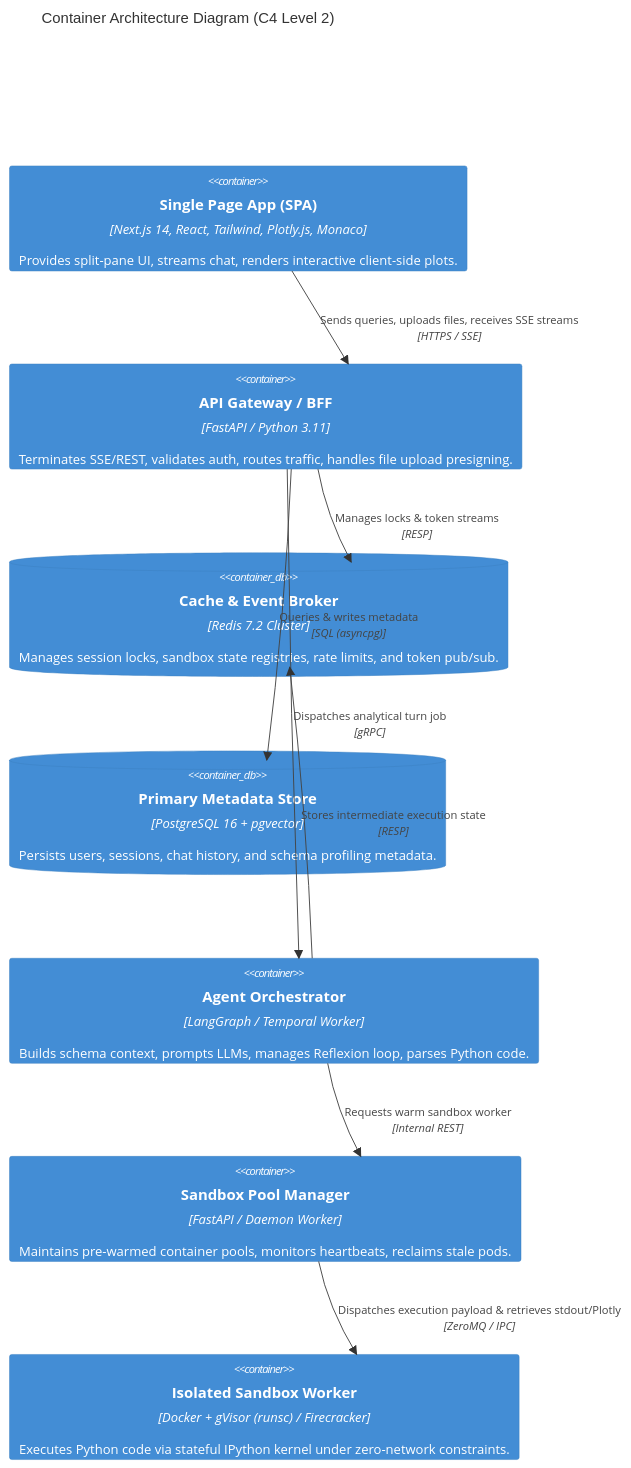
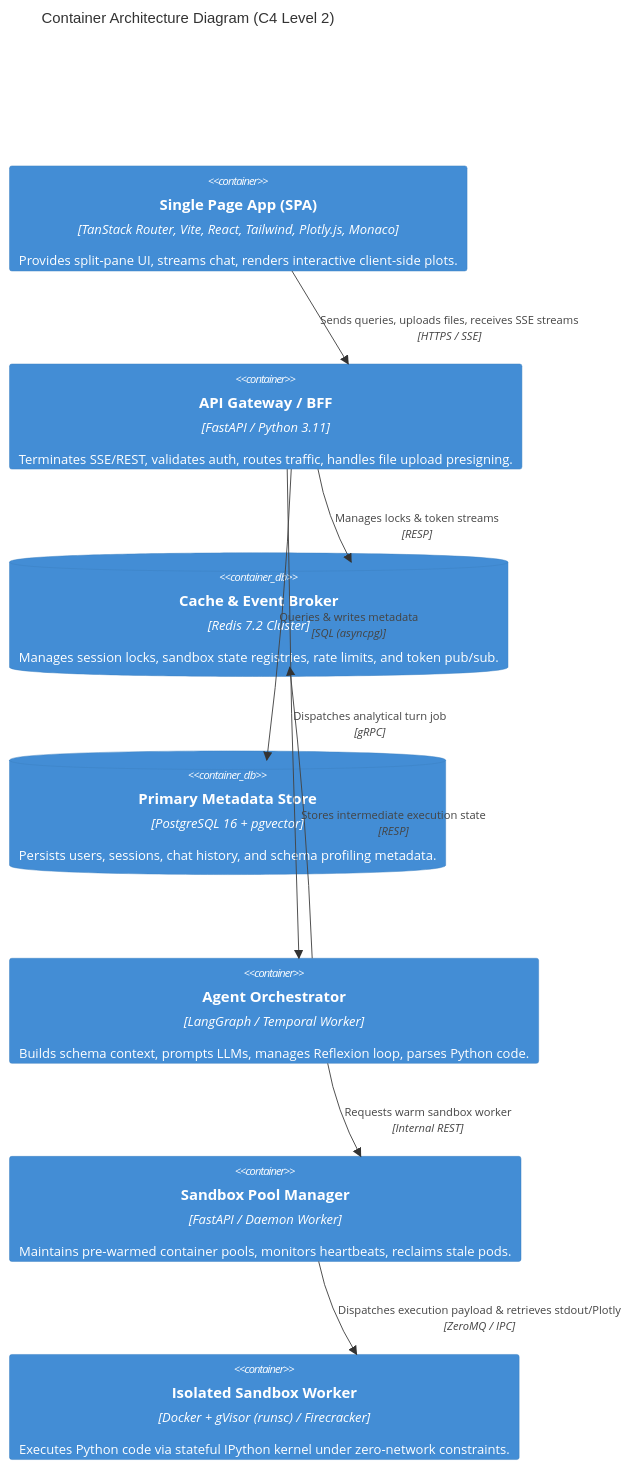
Before and after one commit to FRS2024/data_speaker: the second of 8 diagrams in SYSTEM_ARCHITECTURE.md, drawn with Mermaid. The commit also changed other lines of this file and 93 other files, not shown here.

Commit message:
feat: migrate to TanStack SPA, integrate DuckDB engine, warehouse connectors & schema mapper

````diff
--- a/SYSTEM_ARCHITECTURE.md
+++ b/SYSTEM_ARCHITECTURE.md
@@ -55,27 +55,27 @@
 ```mermaid
 C4Container
     title Container Architecture Diagram (C4 Level 2)
 
-    Container(spa, "Single Page App (SPA)", "Next.js 14, React, Tailwind, Plotly.js, Monaco", "Provides split-pane UI, streams chat, renders interactive client-side plots.")
+    Container(spa, "Single Page App (SPA)", "TanStack Router, Vite, React, Tailwind, Plotly.js, Monaco", "Provides split-pane UI, streams chat, renders interactive client-side plots.")
     
     Container(api_gateway, "API Gateway / BFF", "FastAPI / Python 3.11", "Terminates SSE/REST, validates auth, routes traffic, handles file upload presigning.")
     
     ContainerDb(redis_cluster, "Cache & Event Broker", "Redis 7.2 Cluster", "Manages session locks, sandbox state registries, rate limits, and token pub/sub.")
     
     ContainerDb(postgres_db, "Primary Metadata Store", "PostgreSQL 16 + pgvector", "Persists users, sessions, chat history, and schema profiling metadata.")
 
     Container(orchestrator, "Agent Orchestrator", "LangGraph / Temporal Worker", "Builds schema context, prompts LLMs, manages Reflexion loop, parses Python code.")
 
     Container(pool_manager, "Sandbox Pool Manager", "FastAPI / Daemon Worker", "Maintains pre-warmed container pools, monitors heartbeats, reclaims stale pods.")
 
     Container(sandbox_node, "Isolated Sandbox Worker", "Docker + gVisor (runsc) / Firecracker", "Executes Python code via stateful IPython kernel under zero-network constraints.")
 
     Rel(spa, api_gateway, "Sends queries, uploads files, receives SSE streams", "HTTPS / SSE")
     Rel(api_gateway, postgres_db, "Queries & writes metadata", "SQL (asyncpg)")
     Rel(api_gateway, redis_cluster, "Manages locks & token streams", "RESP")
     Rel(api_gateway, orchestrator, "Dispatches analytical turn job", "gRPC")
     
     Rel(orchestrator, redis_cluster, "Stores intermediate execution state", "RESP")
     Rel(orchestrator, pool_manager, "Requests warm sandbox worker", "Internal REST")
     Rel(pool_manager, sandbox_node, "Dispatches execution payload & retrieves stdout/Plotly", "ZeroMQ / IPC")
 ```
````
